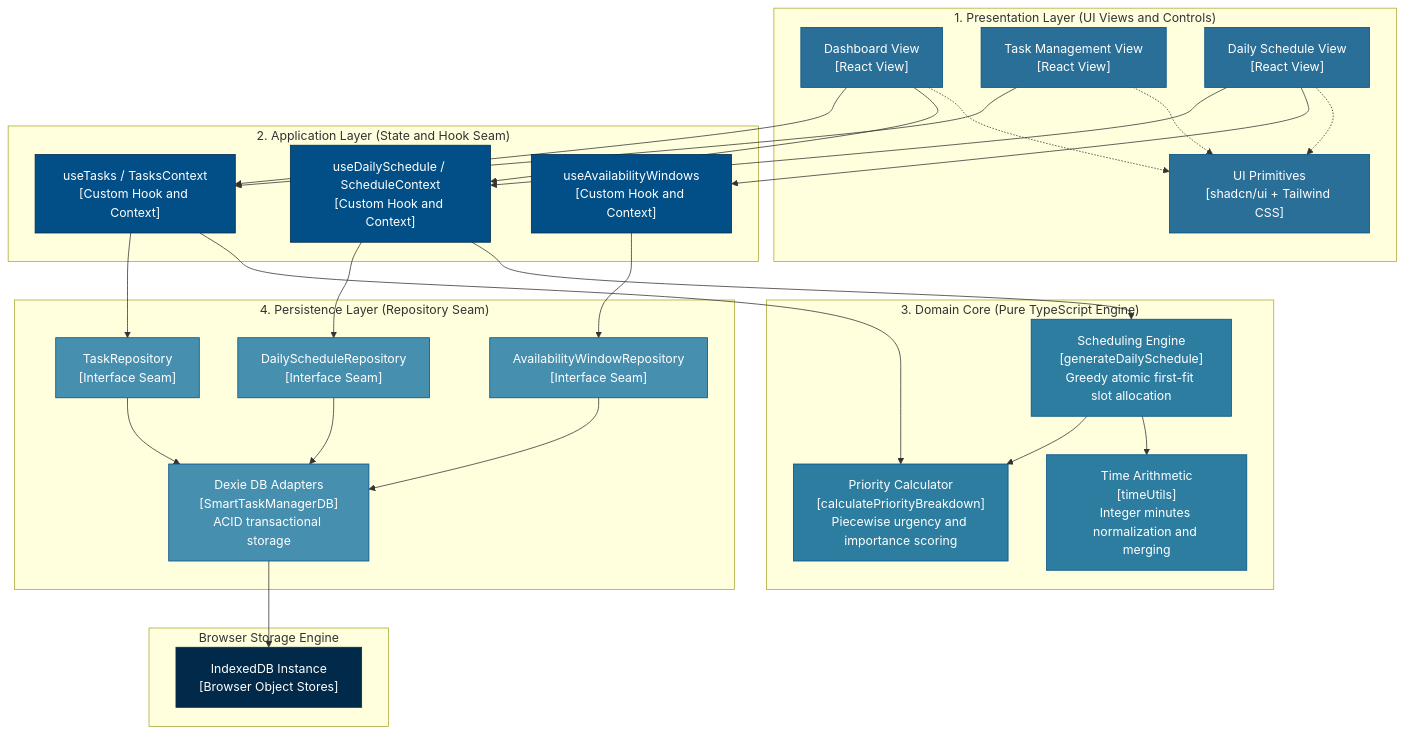
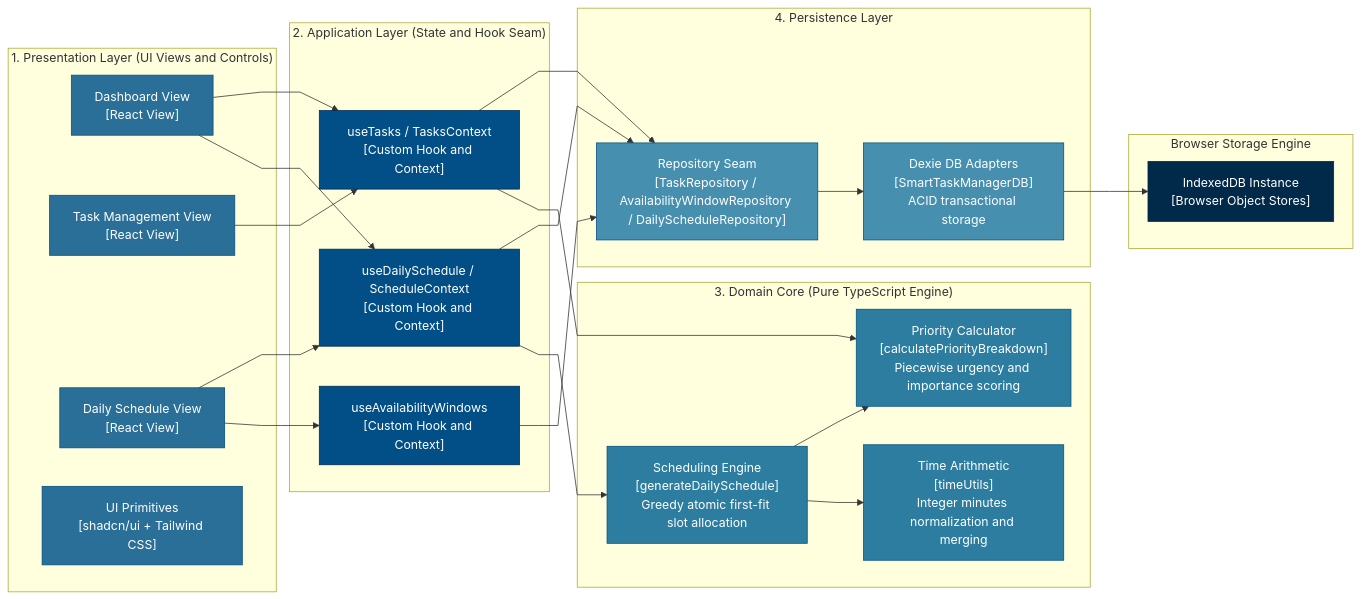
The third of 3 diagrams in docs/architecture.md (JohnnyJoster3223/Paise_ProjektWS26), drawn with Mermaid before and after one commit.

Commit message:
docs(architecture.md/component diagram): improve clarity

````diff
--- a/docs/architecture.md
+++ b/docs/architecture.md
@@ -200,62 +200,55 @@
 ```mermaid
-flowchart TD
+%%{init: {"flowchart": {"curve": "linear"}}}%%
+flowchart LR
     classDef ui fill:#2A6F97,stroke:#014F86,color:#fff;
     classDef app fill:#014F86,stroke:#012A4A,color:#fff;
     classDef domain fill:#2C7DA0,stroke:#014F86,color:#fff;
     classDef repo fill:#468FAF,stroke:#014F86,color:#fff;
     classDef db fill:#012A4A,stroke:#012A4A,color:#fff;
 
     subgraph PresentationLayer ["1. Presentation Layer (UI Views and Controls)"]
         DashboardView["Dashboard View<br/>[React View]"]:::ui
         TaskListView["Task Management View<br/>[React View]"]:::ui
         ScheduleView["Daily Schedule View<br/>[React View]"]:::ui
         UIComponents["UI Primitives<br/>[shadcn/ui + Tailwind CSS]"]:::ui
     end
 
     subgraph ApplicationLayer ["2. Application Layer (State and Hook Seam)"]
         TasksHook["useTasks / TasksContext<br/>[Custom Hook and Context]"]:::app
         ScheduleHook["useDailySchedule / ScheduleContext<br/>[Custom Hook and Context]"]:::app
         WindowsHook["useAvailabilityWindows<br/>[Custom Hook and Context]"]:::app
     end
 
     subgraph DomainCore ["3. Domain Core (Pure TypeScript Engine)"]
         PriorityCalc["Priority Calculator<br/>[calculatePriorityBreakdown]<br/>Piecewise urgency and importance scoring"]:::domain
         SchedulerEngine["Scheduling Engine<br/>[generateDailySchedule]<br/>Greedy atomic first-fit slot allocation"]:::domain
         TimeUtils["Time Arithmetic<br/>[timeUtils]<br/>Integer minutes normalization and merging"]:::domain
     end
 
-    subgraph PersistenceLayer ["4. Persistence Layer (Repository Seam)"]
-        TaskRepo["TaskRepository<br/>[Interface Seam]"]:::repo
-        WindowRepo["AvailabilityWindowRepository<br/>[Interface Seam]"]:::repo
-        ScheduleRepo["DailyScheduleRepository<br/>[Interface Seam]"]:::repo
+    subgraph PersistenceLayer ["4. Persistence Layer"]
+        Repositories["Repository Seam<br/>[TaskRepository / AvailabilityWindowRepository / DailyScheduleRepository]"]:::repo
         DexieAdapters["Dexie DB Adapters<br/>[SmartTaskManagerDB]<br/>ACID transactional storage"]:::repo
     end
 
     subgraph BrowserStorage ["Browser Storage Engine"]
         IDBStorage["IndexedDB Instance<br/>[Browser Object Stores]"]:::db
     end
 
     DashboardView --> TasksHook
     DashboardView --> ScheduleHook
     TaskListView --> TasksHook
     ScheduleView --> ScheduleHook
     ScheduleView --> WindowsHook
-    DashboardView -.-> UIComponents
-    TaskListView -.-> UIComponents
-    ScheduleView -.-> UIComponents
 
-    TasksHook --> TaskRepo
+    TasksHook --> Repositories
     TasksHook --> PriorityCalc
-    ScheduleHook --> ScheduleRepo
+    ScheduleHook --> Repositories
     ScheduleHook --> SchedulerEngine
-    WindowsHook --> WindowRepo
+    WindowsHook --> Repositories
 
     SchedulerEngine --> PriorityCalc
     SchedulerEngine --> TimeUtils
 
-    TaskRepo --> DexieAdapters
-    WindowRepo --> DexieAdapters
-    ScheduleRepo --> DexieAdapters
-
+    Repositories --> DexieAdapters
     DexieAdapters --> IDBStorage
 ```
````
